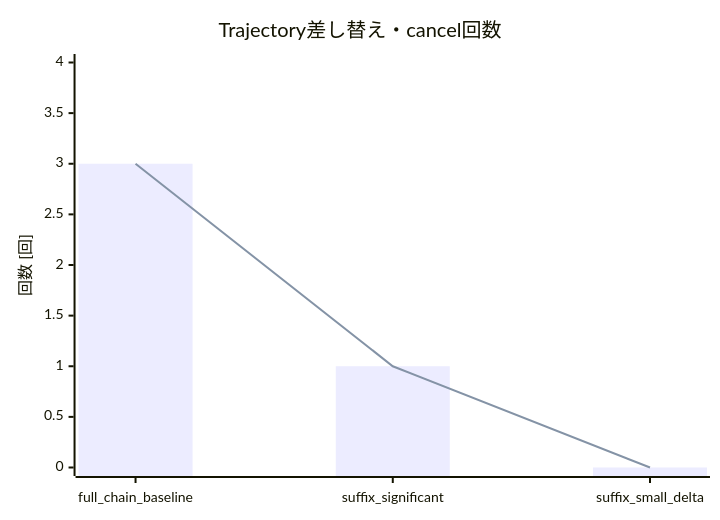
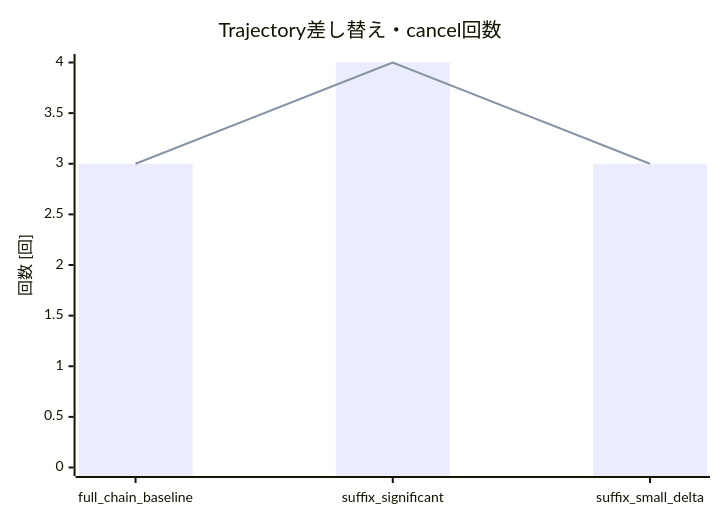
The third of 6 diagrams in docs/reports/moveit_replanning/step3_place_suffix_replan_report.md (akodama428/trial_issac_sim), drawn with Mermaid before and after one commit. The commit also changed other lines of this file, not shown here.

````diff
--- a/docs/reports/moveit_replanning/step3_place_suffix_replan_report.md
+++ b/docs/reports/moveit_replanning/step3_place_suffix_replan_report.md
@@ -223,8 +223,8 @@
 ```mermaid
 xychart-beta
   title "Trajectory差し替え・cancel回数"
   x-axis [full_chain_baseline, suffix_significant, suffix_small_delta]
   y-axis "回数 [回]" 0 --> 4
-  bar [3, 1, 0]
-  line [3, 1, 0]
+  bar [3, 4, 3]
+  line [3, 4, 3]
 ```
````
